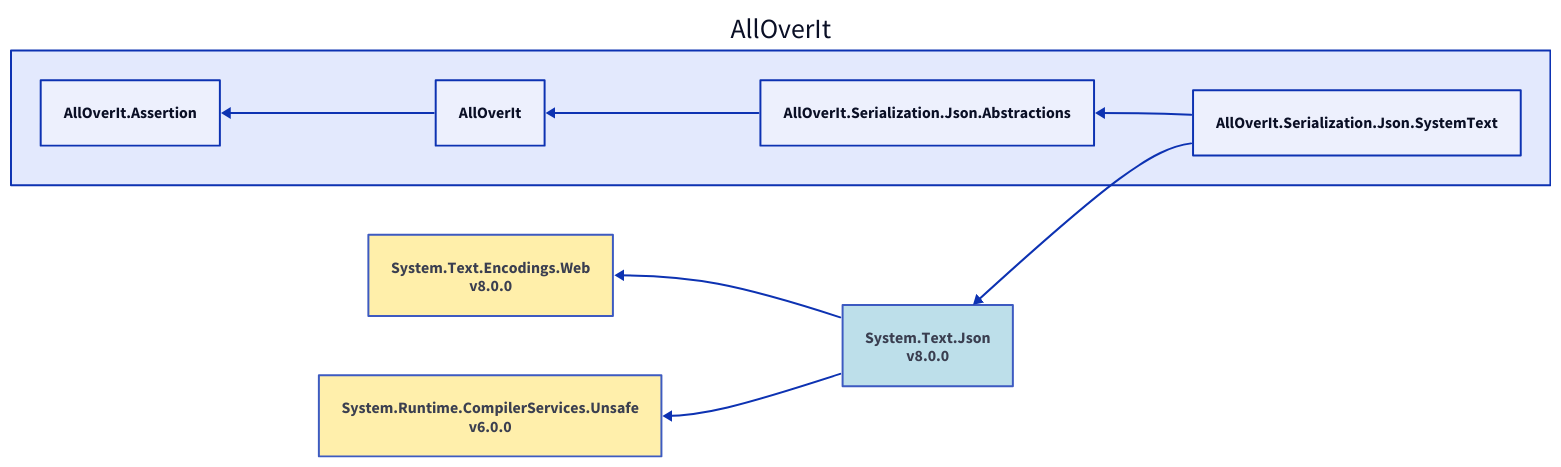
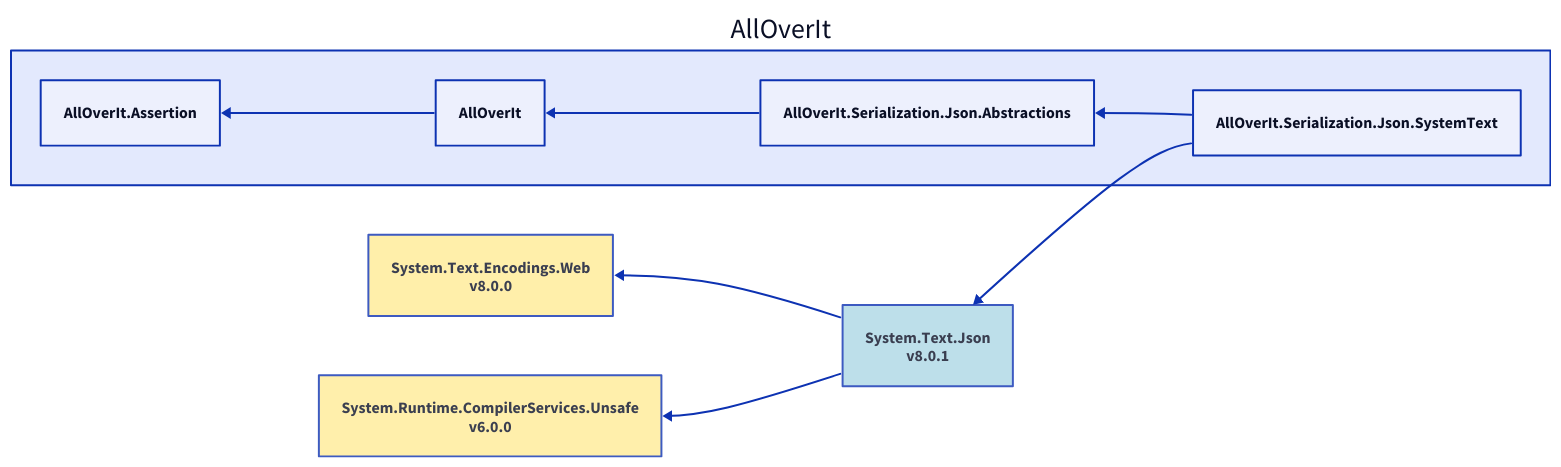
The diagram in Docs/Reference/Content/images/dependencies/net7.0/alloverit-serialization-json-systemtext.d2 (mjfreelancing/AllOverIt), drawn with D2 before and after one commit. The commit also changed 56 other files, not shown here.

```diff
--- a/Docs/Reference/Content/images/dependencies/net7.0/alloverit-serialization-json-systemtext.d2
+++ b/Docs/Reference/Content/images/dependencies/net7.0/alloverit-serialization-json-systemtext.d2
@@ -1,22 +1,22 @@
 direction: left
 
 aoi: AllOverIt
 aoi.alloverit-serialization-json-systemtext: AllOverIt.Serialization.Json.SystemText
-system-text-json_8-0-0: System.Text.Json\nv8.0.0
-system-text-json_8-0-0.style.fill: "#ADD8E6"
-system-text-json_8-0-0.style.opacity: 0.8
+system-text-json_8-0-1: System.Text.Json\nv8.0.1
+system-text-json_8-0-1.style.fill: "#ADD8E6"
+system-text-json_8-0-1.style.opacity: 0.8
 system-text-encodings-web_8-0-0: System.Text.Encodings.Web\nv8.0.0
 system-text-encodings-web_8-0-0.style.fill: "#FFEC96"
 system-text-encodings-web_8-0-0.style.opacity: 0.8
-system-text-encodings-web_8-0-0 <- system-text-json_8-0-0
+system-text-encodings-web_8-0-0 <- system-text-json_8-0-1
 system-runtime-compilerservices-unsafe_6-0-0: System.Runtime.CompilerServices.Unsafe\nv6.0.0
 system-runtime-compilerservices-unsafe_6-0-0.style.fill: "#FFEC96"
 system-runtime-compilerservices-unsafe_6-0-0.style.opacity: 0.8
-system-runtime-compilerservices-unsafe_6-0-0 <- system-text-json_8-0-0
-system-text-json_8-0-0 <- aoi.alloverit-serialization-json-systemtext
+system-runtime-compilerservices-unsafe_6-0-0 <- system-text-json_8-0-1
+system-text-json_8-0-1 <- aoi.alloverit-serialization-json-systemtext
 aoi.alloverit-serialization-json-abstractions: AllOverIt.Serialization.Json.Abstractions
 aoi.alloverit: AllOverIt
 aoi.alloverit-assertion: AllOverIt.Assertion
 aoi.alloverit-assertion <- aoi.alloverit
 aoi.alloverit <- aoi.alloverit-serialization-json-abstractions
 aoi.alloverit-serialization-json-abstractions <- aoi.alloverit-serialization-json-systemtext
```
